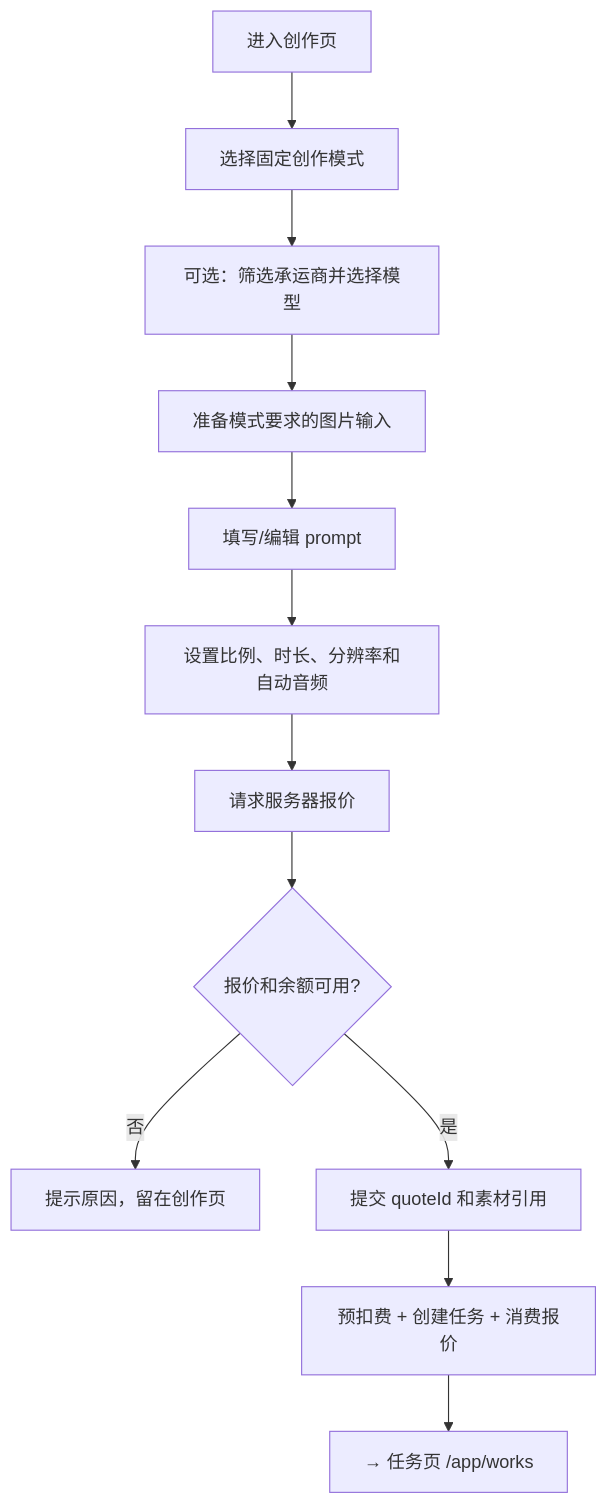
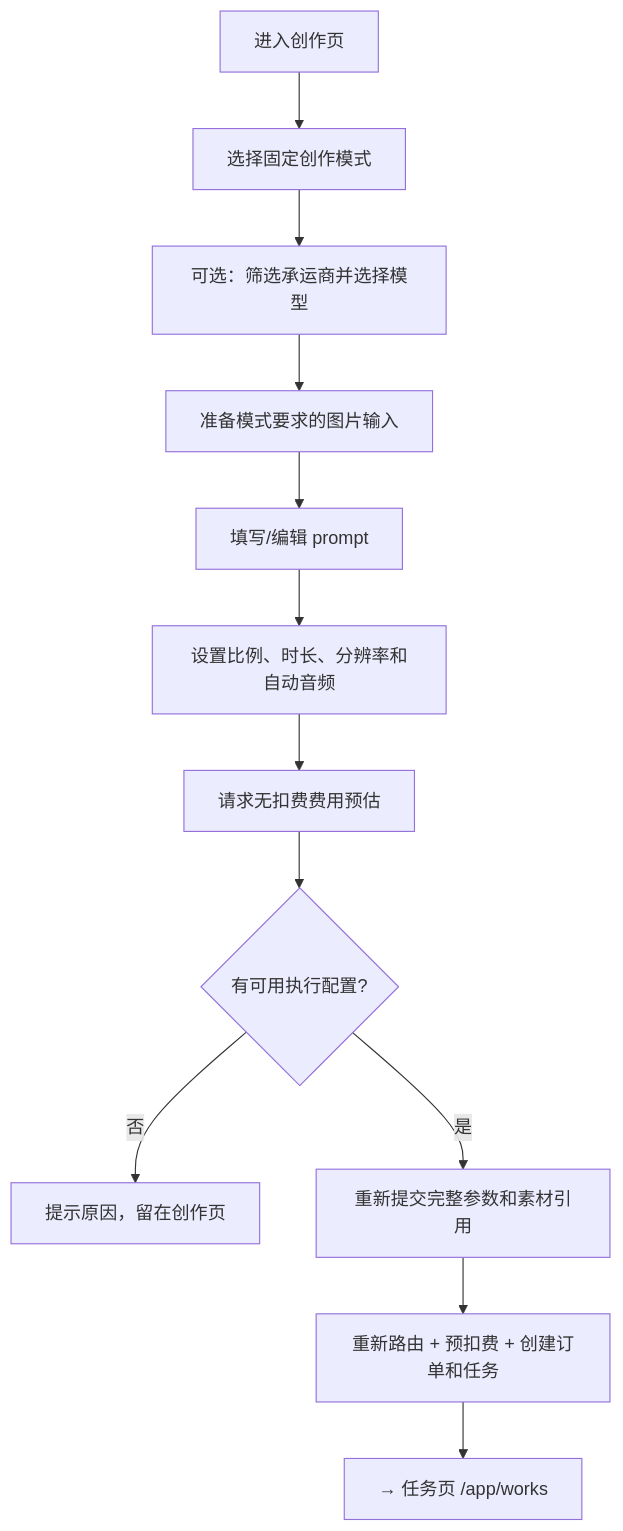
The third of 10 diagrams in docs/flows/客户端页面流程.md (fjl-gj/sub2video), drawn with Mermaid before and after one commit. The commit also changed other lines of this file and 66 other files, not shown here.

````diff
--- a/docs/flows/客户端页面流程.md
+++ b/docs/flows/客户端页面流程.md
@@ -109,14 +109,14 @@
 ```mermaid
 flowchart TD
   A[进入创作页] --> B[选择固定创作模式]
   B --> C[可选：筛选承运商并选择模型]
   C --> D[准备模式要求的图片输入]
   D --> E[填写/编辑 prompt]
   E --> F[设置比例、时长、分辨率和自动音频]
-  F --> G[请求服务器报价]
-  G --> H{报价和余额可用?}
+  F --> G[请求无扣费费用预估]
+  G --> H{有可用执行配置?}
   H -->|否| I[提示原因，留在创作页]
-  H -->|是| J[提交 quoteId 和素材引用]
-  J --> K[预扣费 + 创建任务 + 消费报价]
+  H -->|是| J[重新提交完整参数和素材引用]
+  J --> K[重新路由 + 预扣费 + 创建订单和任务]
   K --> L[→ 任务页 /app/works]
 ```
````
